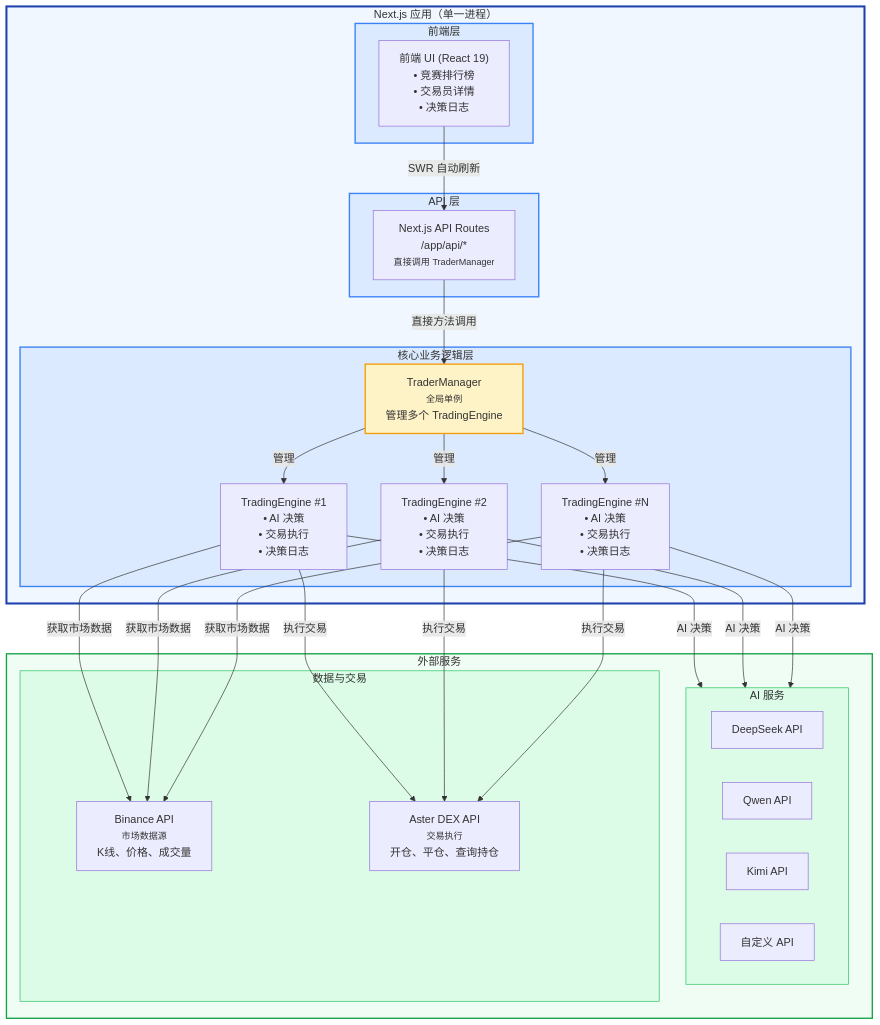
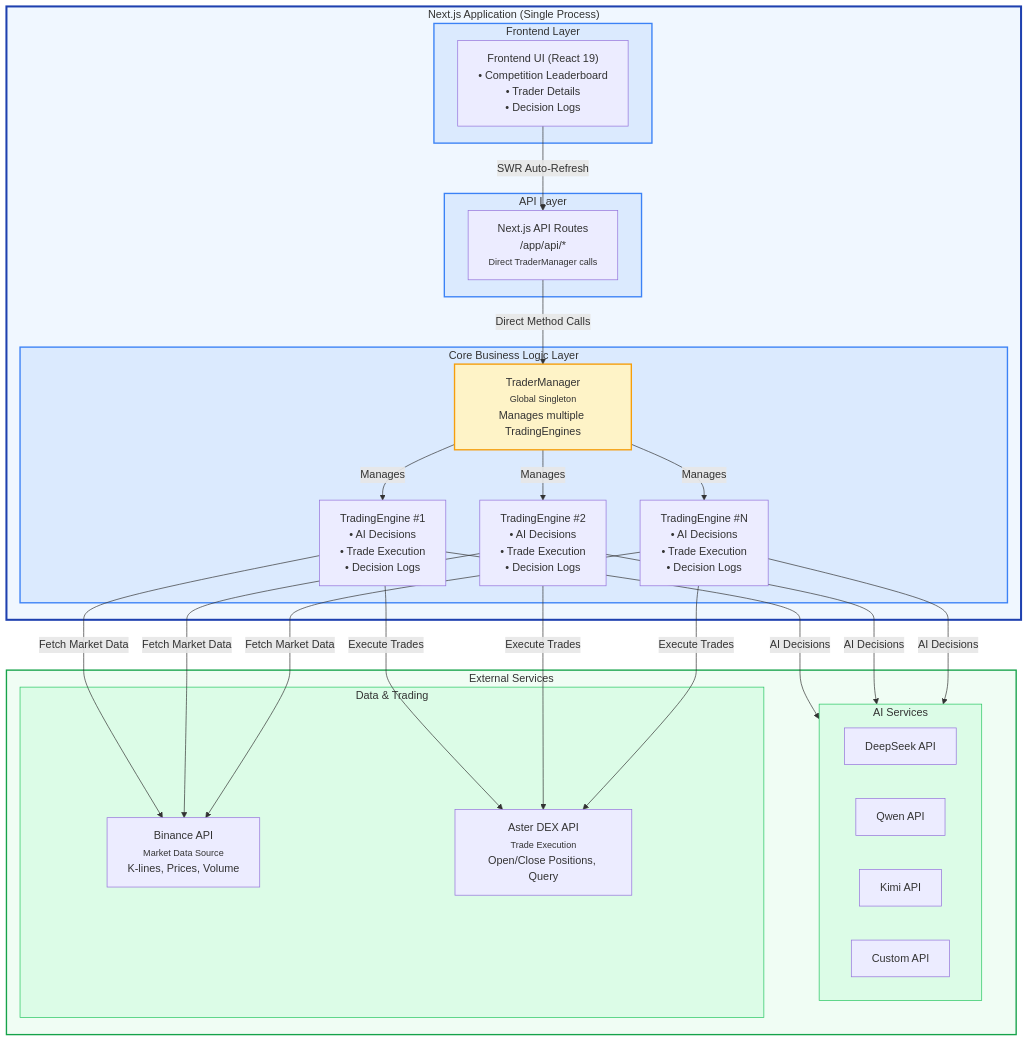
The diagram in README.md (osbrain/nofyai), drawn with Mermaid before and after one commit. The commit also changed other lines of this file and 4 other files, not shown here.

````diff
--- a/README.md
+++ b/README.md
@@ -411,60 +414,60 @@
 ```mermaid
 graph TB
-    subgraph NextJS["Next.js 应用（单一进程）"]
-        subgraph Frontend["前端层"]
-            UI["前端 UI (React 19)<br/>• 竞赛排行榜<br/>• 交易员详情<br/>• 决策日志"]
+    subgraph NextJS["Next.js Application (Single Process)"]
+        subgraph Frontend["Frontend Layer"]
+            UI["Frontend UI (React 19)<br/>• Competition Leaderboard<br/>• Trader Details<br/>• Decision Logs"]
         end
 
-        subgraph APILayer["API 层"]
-            API["Next.js API Routes<br/>/app/api/*<br/><small>直接调用 TraderManager</small>"]
+        subgraph APILayer["API Layer"]
+            API["Next.js API Routes<br/>/app/api/*<br/><small>Direct TraderManager calls</small>"]
         end
 
-        subgraph CoreLogic["核心业务逻辑层"]
-            TM["TraderManager<br/><small>全局单例</small><br/>管理多个 TradingEngine"]
-            TE1["TradingEngine #1<br/>• AI 决策<br/>• 交易执行<br/>• 决策日志"]
-            TE2["TradingEngine #2<br/>• AI 决策<br/>• 交易执行<br/>• 决策日志"]
-            TE3["TradingEngine #N<br/>• AI 决策<br/>• 交易执行<br/>• 决策日志"]
+        subgraph CoreLogic["Core Business Logic Layer"]
+            TM["TraderManager<br/><small>Global Singleton</small><br/>Manages multiple TradingEngines"]
+            TE1["TradingEngine #1<br/>• AI Decisions<br/>• Trade Execution<br/>• Decision Logs"]
+            TE2["TradingEngine #2<br/>• AI Decisions<br/>• Trade Execution<br/>• Decision Logs"]
+            TE3["TradingEngine #N<br/>• AI Decisions<br/>• Trade Execution<br/>• Decision Logs"]
         end
     end
 
-    subgraph External["外部服务"]
-        subgraph AIServices["AI 服务"]
+    subgraph External["External Services"]
+        subgraph AIServices["AI Services"]
             DeepSeek["DeepSeek API"]
             Qwen["Qwen API"]
             Kimi["Kimi API"]
-            Custom["自定义 API"]
+            Custom["Custom API"]
         end
 
-        subgraph DataSources["数据与交易"]
-            Binance["Binance API<br/><small>市场数据源</small><br/>K线、价格、成交量"]
-            Aster["Aster DEX API<br/><small>交易执行</small><br/>开仓、平仓、查询持仓"]
+        subgraph DataSources["Data & Trading"]
+            Binance["Binance API<br/><small>Market Data Source</small><br/>K-lines, Prices, Volume"]
+            Aster["Aster DEX API<br/><small>Trade Execution</small><br/>Open/Close Positions, Query"]
         end
     end
 
-    UI -->|"SWR 自动刷新"| API
-    API -->|"直接方法调用"| TM
-    TM -->|"管理"| TE1
-    TM -->|"管理"| TE2
-    TM -->|"管理"| TE3
+    UI -->|"SWR Auto-Refresh"| API
+    API -->|"Direct Method Calls"| TM
+    TM -->|"Manages"| TE1
+    TM -->|"Manages"| TE2
+    TM -->|"Manages"| TE3
 
-    TE1 -->|"AI 决策"| AIServices
-    TE2 -->|"AI 决策"| AIServices
-    TE3 -->|"AI 决策"| AIServices
+    TE1 -->|"AI Decisions"| AIServices
+    TE2 -->|"AI Decisions"| AIServices
+    TE3 -->|"AI Decisions"| AIServices
 
-    TE1 -->|"获取市场数据"| Binance
-    TE2 -->|"获取市场数据"| Binance
-    TE3 -->|"获取市场数据"| Binance
+    TE1 -->|"Fetch Market Data"| Binance
+    TE2 -->|"Fetch Market Data"| Binance
+    TE3 -->|"Fetch Market Data"| Binance
 
-    TE1 -->|"执行交易"| Aster
-    TE2 -->|"执行交易"| Aster
-    TE3 -->|"执行交易"| Aster
+    TE1 -->|"Execute Trades"| Aster
+    TE2 -->|"Execute Trades"| Aster
+    TE3 -->|"Execute Trades"| Aster
 
     style NextJS fill:#f0f7ff,stroke:#1e40af,stroke-width:3px
     style Frontend fill:#dbeafe,stroke:#3b82f6,stroke-width:2px
     style APILayer fill:#dbeafe,stroke:#3b82f6,stroke-width:2px
     style CoreLogic fill:#dbeafe,stroke:#3b82f6,stroke-width:2px
     style External fill:#f0fdf4,stroke:#16a34a,stroke-width:2px
     style AIServices fill:#dcfce7,stroke:#22c55e,stroke-width:1px
     style DataSources fill:#dcfce7,stroke:#22c55e,stroke-width:1px
     style TM fill:#fef3c7,stroke:#f59e0b,stroke-width:2px
 ```
````
